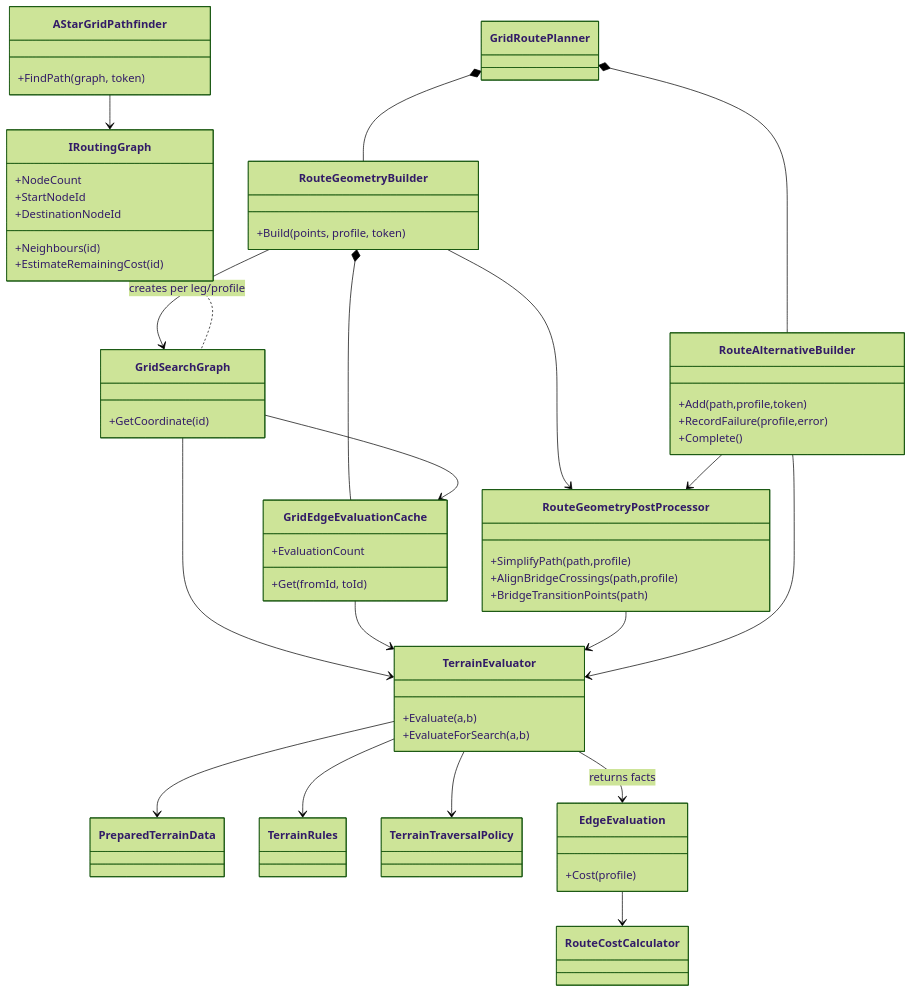
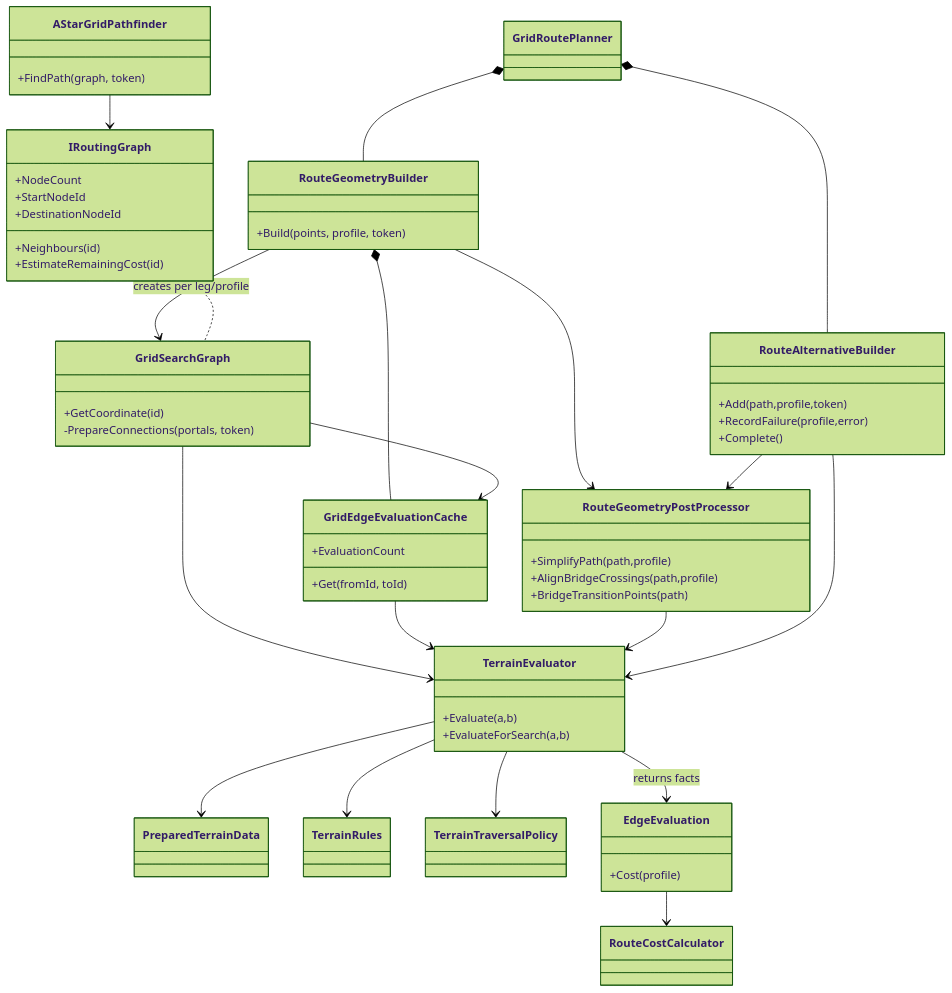
Before and after one commit to Volodya1000/maps: the second of 3 diagrams in docs/routing-internals.md, drawn with Mermaid (forest theme). The commit also changed other lines of this file and 5 other files, not shown here.

Commit message:
refactor(routing): make graph connection preparation explicit

````diff
--- a/docs/routing-internals.md
+++ b/docs/routing-internals.md
@@ -80,63 +80,64 @@
 ```mermaid
 classDiagram
     class GridRoutePlanner
     class RouteGeometryBuilder {
         +Build(points, profile, token)
     }
     class GridEdgeEvaluationCache {
         +Get(fromId, toId)
         +EvaluationCount
     }
     class IRoutingGraph {
         +NodeCount
         +StartNodeId
         +DestinationNodeId
         +Neighbours(id)
         +EstimateRemainingCost(id)
     }
     class GridSearchGraph {
         +GetCoordinate(id)
+        -PrepareConnections(portals, token)
     }
     class AStarGridPathfinder {
         +FindPath(graph, token)
     }
     class TerrainEvaluator {
         +Evaluate(a,b)
         +EvaluateForSearch(a,b)
     }
     class PreparedTerrainData
     class TerrainRules
     class TerrainTraversalPolicy
     class RouteCostCalculator
     class EdgeEvaluation {
         +Cost(profile)
     }
     class RouteGeometryPostProcessor {
         +SimplifyPath(path,profile)
         +AlignBridgeCrossings(path,profile)
         +BridgeTransitionPoints(path)
     }
     class RouteAlternativeBuilder {
         +Add(path,profile,token)
         +RecordFailure(profile,error)
         +Complete()
     }
     GridRoutePlanner *-- RouteGeometryBuilder
     GridRoutePlanner *-- RouteAlternativeBuilder
     RouteGeometryBuilder *-- GridEdgeEvaluationCache
     RouteGeometryBuilder --> GridSearchGraph : creates per leg/profile
     IRoutingGraph <|.. GridSearchGraph
     AStarGridPathfinder --> IRoutingGraph
     GridSearchGraph --> GridEdgeEvaluationCache
     GridSearchGraph --> TerrainEvaluator
     GridEdgeEvaluationCache --> TerrainEvaluator
     TerrainEvaluator --> PreparedTerrainData
     TerrainEvaluator --> TerrainRules
     TerrainEvaluator --> TerrainTraversalPolicy
     TerrainEvaluator --> EdgeEvaluation : returns facts
     EdgeEvaluation --> RouteCostCalculator
     RouteGeometryBuilder --> RouteGeometryPostProcessor
     RouteGeometryPostProcessor --> TerrainEvaluator
     RouteAlternativeBuilder --> TerrainEvaluator
     RouteAlternativeBuilder --> RouteGeometryPostProcessor
 ```
````
